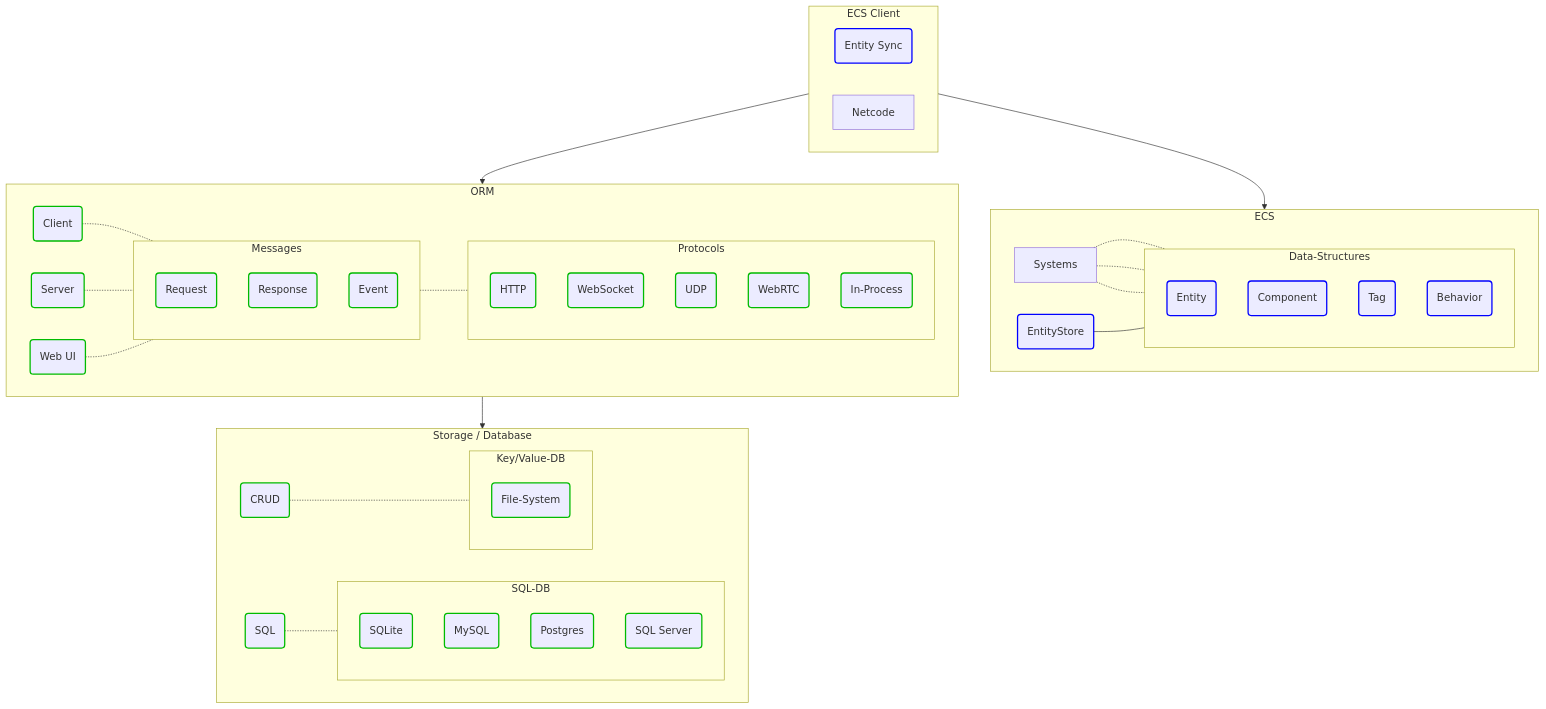
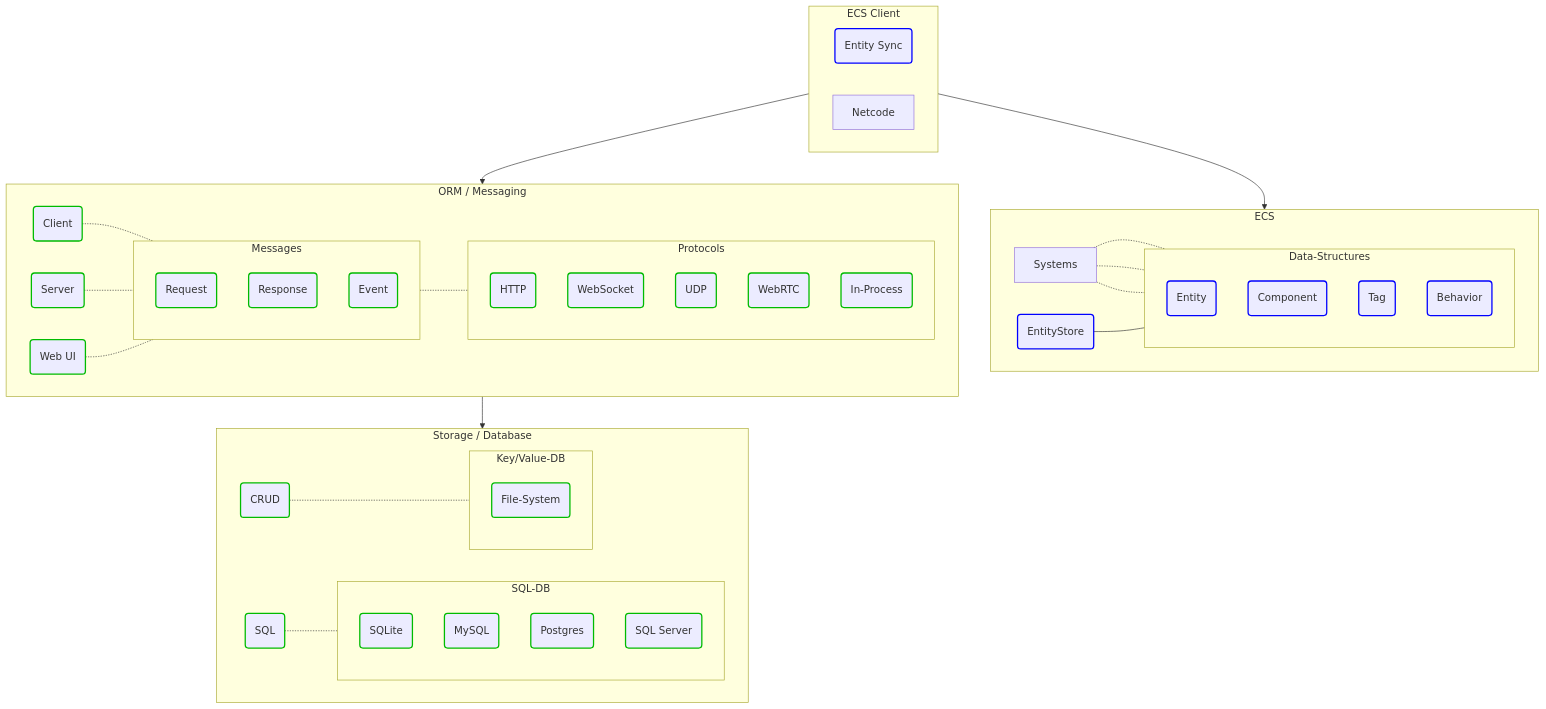
Before and after one commit to friflo/Friflo.Json.Fliox: the second of 3 diagrams in Engine/README.md, drawn with Mermaid. The commit also changed other lines of this file, not shown here.

Commit message:
Engine - update architecture diagram

````diff
--- a/Engine/README.md
+++ b/Engine/README.md
@@ -106,83 +106,83 @@
 ```mermaid
   graph TD;
     classDef finished       stroke:#0b0,stroke-width:2px;
     classDef implemented    stroke:#00f,stroke-width:2px;
 
     subgraph ECS-Client[ECS Client];
         Sync(Entity Sync):::implemented;
         Netcode;
     end
 
     subgraph ECS;
         EntityStore(EntityStore):::implemented
         Systems
 
         subgraph Data-Structures;
         direction TB;
             Entity(Entity):::implemented
             Component(Component):::implemented
             Tag(Tag):::implemented
             Behavior(Behavior):::implemented
         end
 
         EntityStore  --- Data-Structures
 
         Systems      -.- Entity
         Systems      -.- Component
         Systems      -.- Tag
     end
 
-    subgraph ORM;
+    subgraph ORM[ORM / Messaging];
         Client(Client):::finished
         Server(Server):::finished
         WebUI(Web UI):::finished
 
         subgraph Messages;
             direction TB;
             Request(Request):::finished
             Response(Response):::finished
             Event(Event):::finished
         end
 
         Client -.- Messages
         Server -.- Messages
         WebUI  -.- Messages
 
         subgraph Protocols;
             direction TB;
             HTTP(HTTP):::finished
             WebSocket(WebSocket):::finished
             UDP(UDP):::finished
             WebRTC(WebRTC):::finished
             In-Process(In-Process):::finished
         end
 
         Messages  -.- Protocols
     end
 
     subgraph Storage[Storage / Database];
         SQL(SQL):::finished
         CRUD(CRUD):::finished
 
         subgraph SQL-DB;
             direction TB;
             SQLite(SQLite):::finished
             MySQL(MySQL):::finished
             Postgres(Postgres):::finished
             SQL-Server(SQL Server):::finished
         end
 
         SQL     -.- SQL-DB
         CRUD    -.- Key/Value-DB
 
         subgraph Key/Value-DB;
             direction TB;
             File-System(File-System):::finished
         end
     end
 
     ECS-Client  --> ECS
     ECS-Client  --> ORM
     ORM         --> Storage
     
 ```
````
